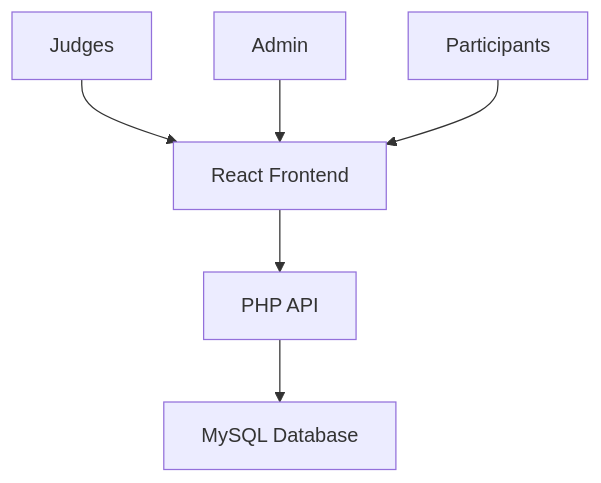
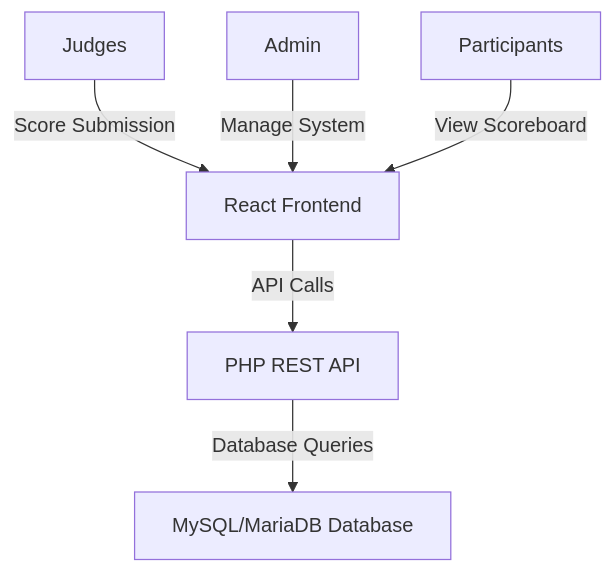
The first of 2 diagrams in README.md (Dennis-DW/-Scoring-System-Web-App), drawn with Mermaid before and after one commit. The commit also changed other lines of this file and 10 other files, not shown here.

````diff
--- a/README.md
+++ b/README.md
@@ -21,8 +23,8 @@
 ```mermaid
 graph TD
-    A[React Frontend] --> B[PHP API]
-    B --> C[MySQL Database]
-    D[Judges] --> A
-    E[Admin] --> A
-    F[Participants] --> A
+    A[React Frontend] -->|API Calls| B[PHP REST API]
+    B -->|Database Queries| C[MySQL/MariaDB Database]
+    D[Judges] -->|Score Submission| A
+    E[Admin] -->|Manage System| A
+    F[Participants] -->|View Scoreboard| A
 ```
````
